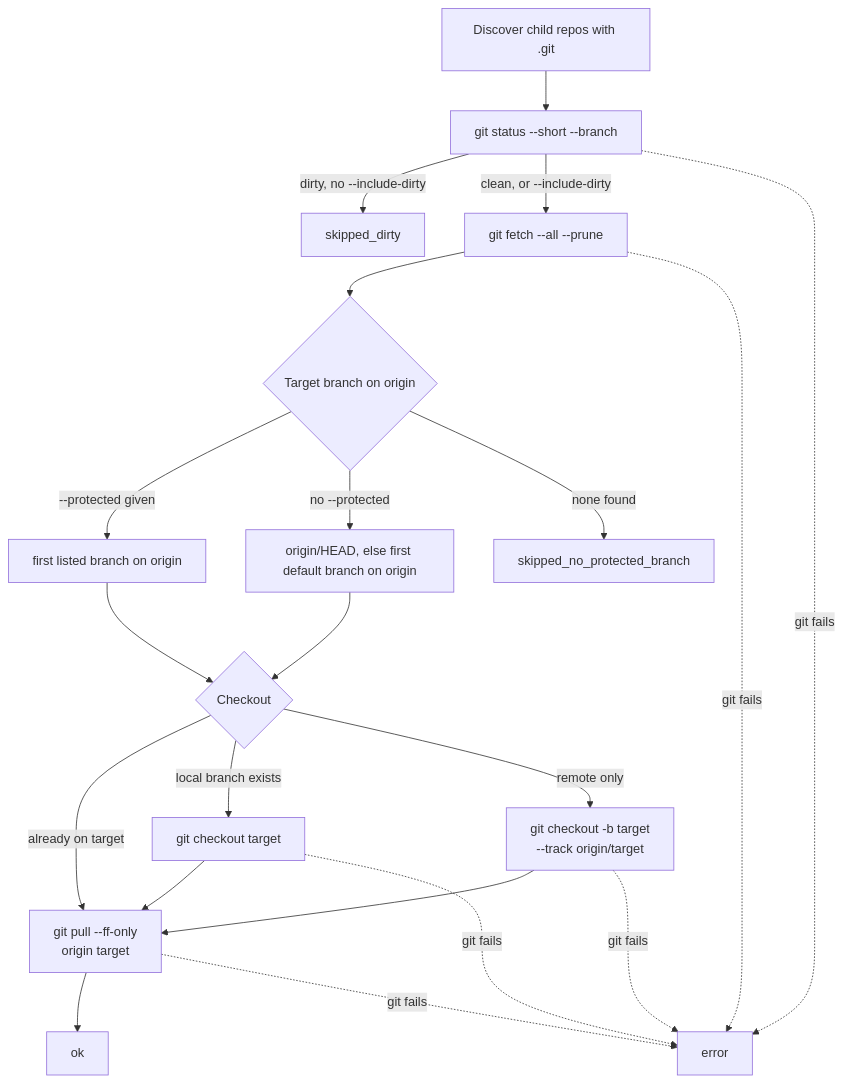
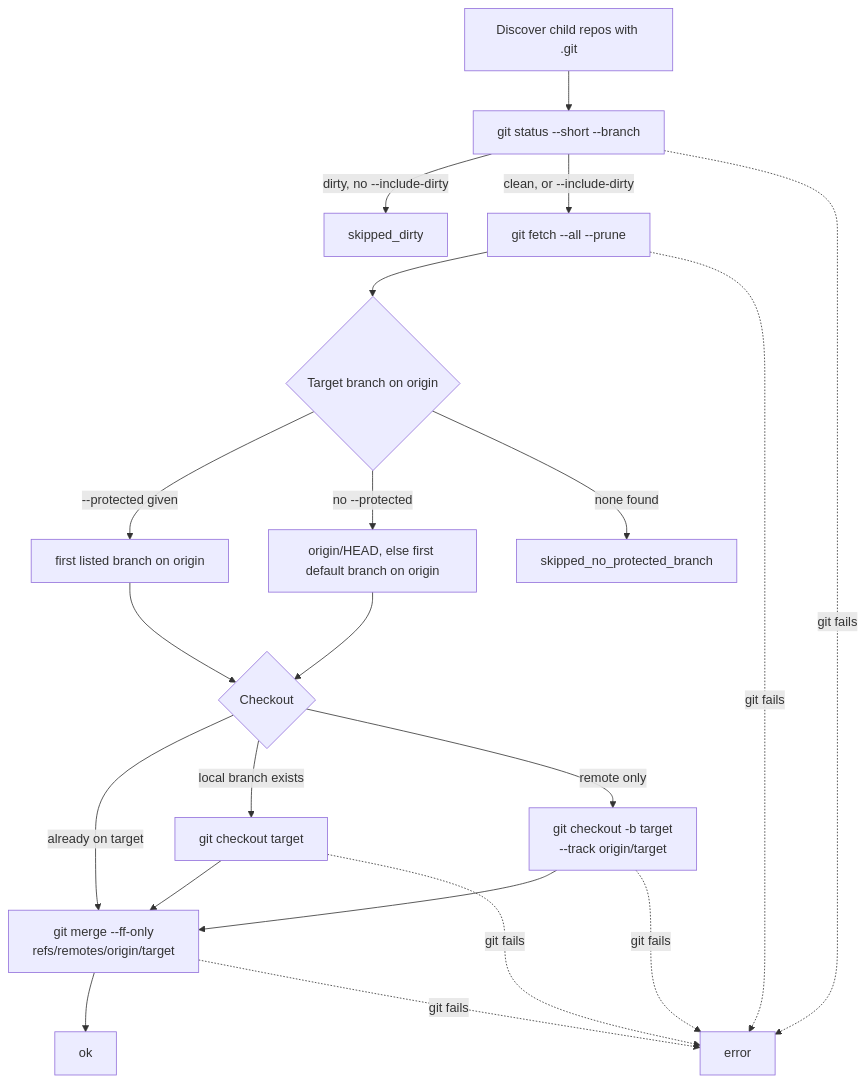
The diagram in packages/git-batch-cli/docs/commands.md (LanNguyenSi/agent-dx), drawn with Mermaid before and after one commit. The commit also changed other lines of this file and 3 other files, not shown here.

````diff
--- a/packages/git-batch-cli/docs/commands.md
+++ b/packages/git-batch-cli/docs/commands.md
@@ -20,23 +20,23 @@
 ```mermaid
 flowchart TD
   D["Discover child repos with .git"] --> S["git status --short --branch"]
   S -->|"dirty, no --include-dirty"| SD["skipped_dirty"]
   S -->|"clean, or --include-dirty"| F["git fetch --all --prune"]
   F --> T{"Target branch on origin"}
   T -->|"--protected given"| TP["first listed branch on origin"]
   T -->|"no --protected"| TO["origin/HEAD, else first default branch on origin"]
   T -->|"none found"| SN["skipped_no_protected_branch"]
   TP --> C{"Checkout"}
   TO --> C
-  C -->|"already on target"| P["git pull --ff-only<br/>origin target"]
+  C -->|"already on target"| P["git merge --ff-only<br/>refs/remotes/origin/target"]
   C -->|"local branch exists"| CL["git checkout target"]
   C -->|"remote only"| CR["git checkout -b target<br/>--track origin/target"]
   CL --> P
   CR --> P
   P --> OK["ok"]
   S -.->|"git fails"| E["error"]
   F -.->|"git fails"| E
   CL -.->|"git fails"| E
   CR -.->|"git fails"| E
   P -.->|"git fails"| E
 ```
````
